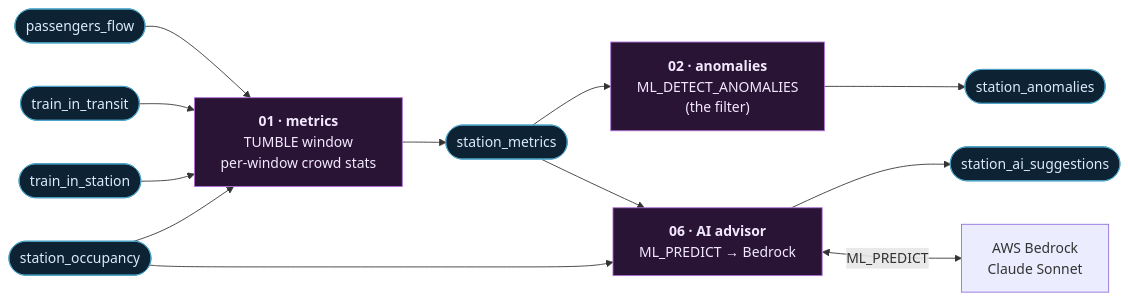
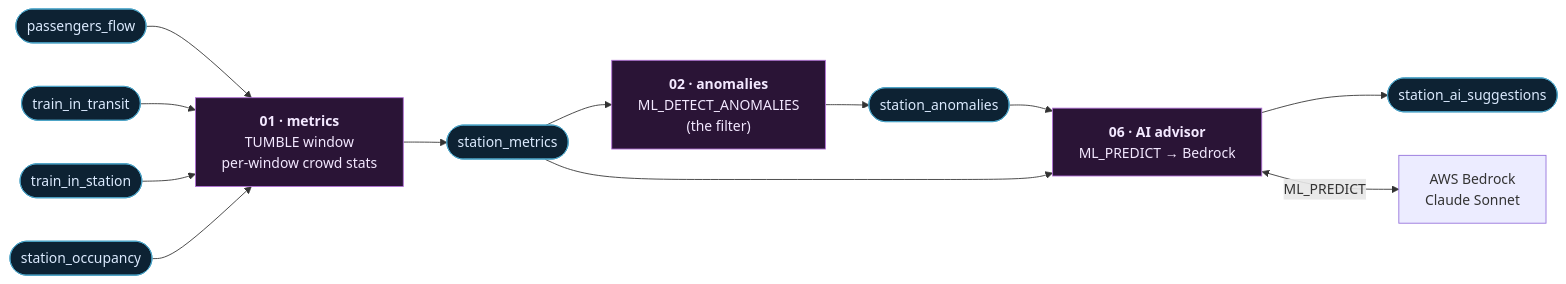
Before and after one commit to ifnesi/cc-ai-tilley-station-demo: the second of 2 diagrams in README.md, drawn with Mermaid. The commit also changed other lines of this file and 12 other files, not shown here.

````diff
--- a/README.md
+++ b/README.md
@@ -73,30 +78,30 @@
 ```mermaid
 flowchart LR
   classDef topic fill:#0d2233,stroke:#4aa3c7,color:#dbeafe;
   classDef job fill:#2a1436,stroke:#b06fd6,color:#f3e8ff;
 
   PF(["passengers_flow"]):::topic
   TT(["train_in_transit"]):::topic
   TS(["train_in_station"]):::topic
   SO(["station_occupancy"]):::topic
 
   J1["<b>01 · metrics</b><br/>TUMBLE window<br/>per-window crowd stats"]:::job
   J2["<b>02 · anomalies</b><br/>ML_DETECT_ANOMALIES<br/>(the filter)"]:::job
   J6["<b>06 · AI advisor</b><br/>ML_PREDICT → Bedrock"]:::job
 
   SM(["station_metrics"]):::topic
   SA(["station_anomalies"]):::topic
   AI(["station_ai_suggestions"]):::topic
   BR["AWS Bedrock<br/>Claude Sonnet"]
 
   PF --> J1
   TT --> J1
   TS --> J1
   SO --> J1
   J1 --> SM
   SM --> J2 --> SA
+  SA --> J6
   SM --> J6
-  SO --> J6
   J6 --> AI
   J6 <-->|ML_PREDICT| BR
 ```
````
